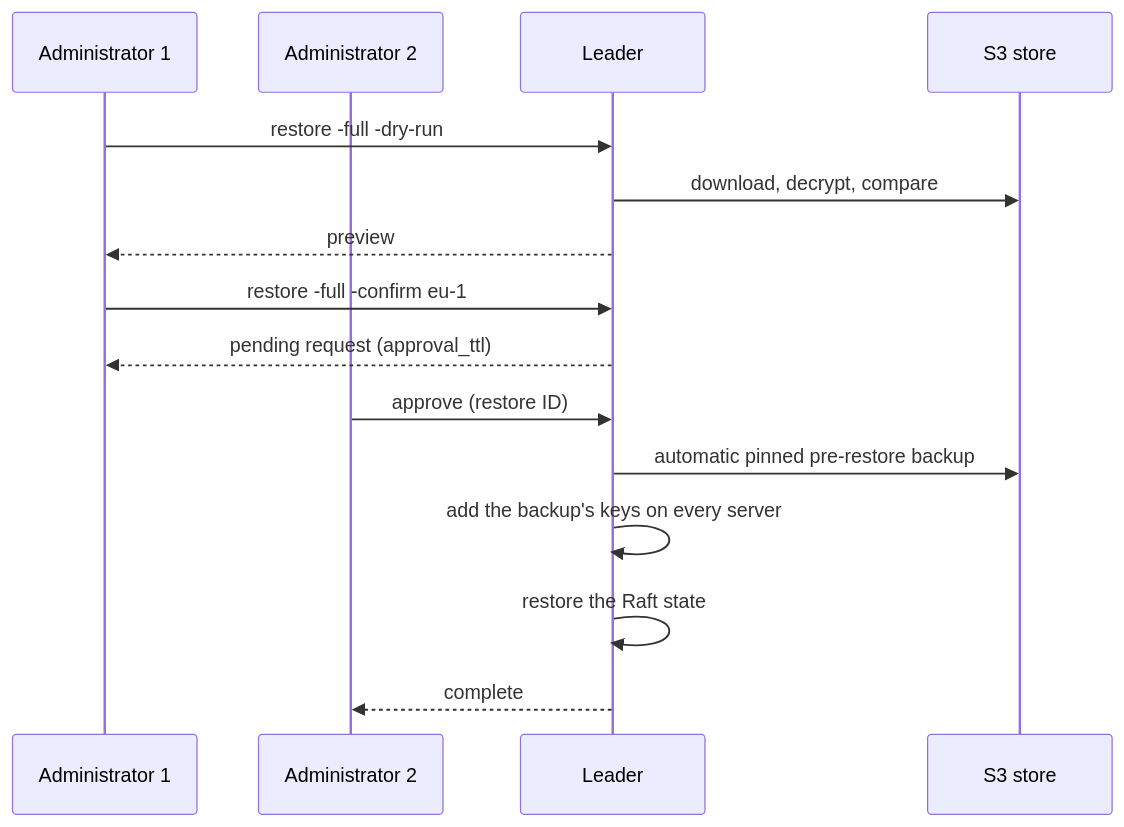
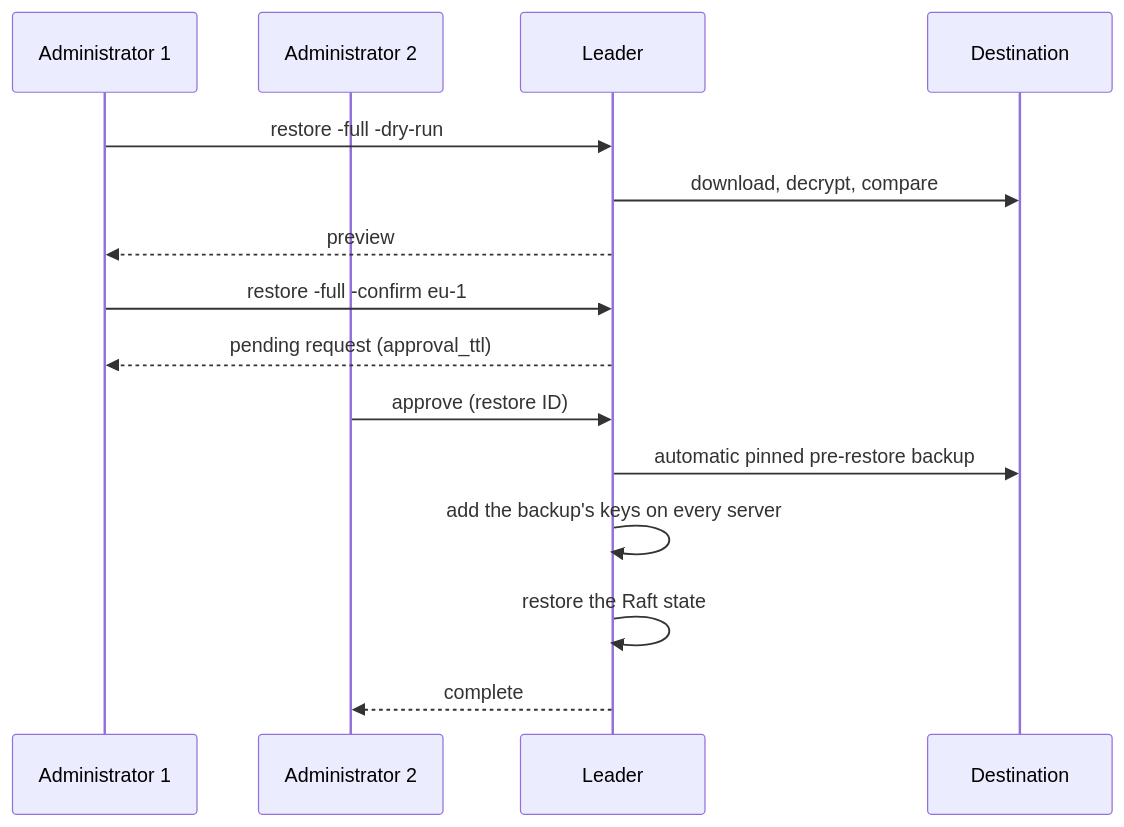
The second of 3 diagrams in content/docs/features/backup-restore.md (bacanoo-io/norca-doc), drawn with Mermaid before and after one commit. The commit also changed other lines of this file and 10 other files, not shown here.

````diff
--- a/content/docs/features/backup-restore.md
+++ b/content/docs/features/backup-restore.md
@@ -137,17 +161,17 @@
 ```mermaid
 sequenceDiagram
   participant A as Administrator 1
   participant B as Administrator 2
   participant L as Leader
-  participant S as S3 store
+  participant S as Destination
   A->>L: restore -full -dry-run
   L->>S: download, decrypt, compare
   L-->>A: preview
   A->>L: restore -full -confirm eu-1
   L-->>A: pending request (approval_ttl)
   B->>L: approve (restore ID)
   L->>S: automatic pinned pre-restore backup
   L->>L: add the backup's keys on every server
   L->>L: restore the Raft state
   L-->>B: complete
 ```
````
